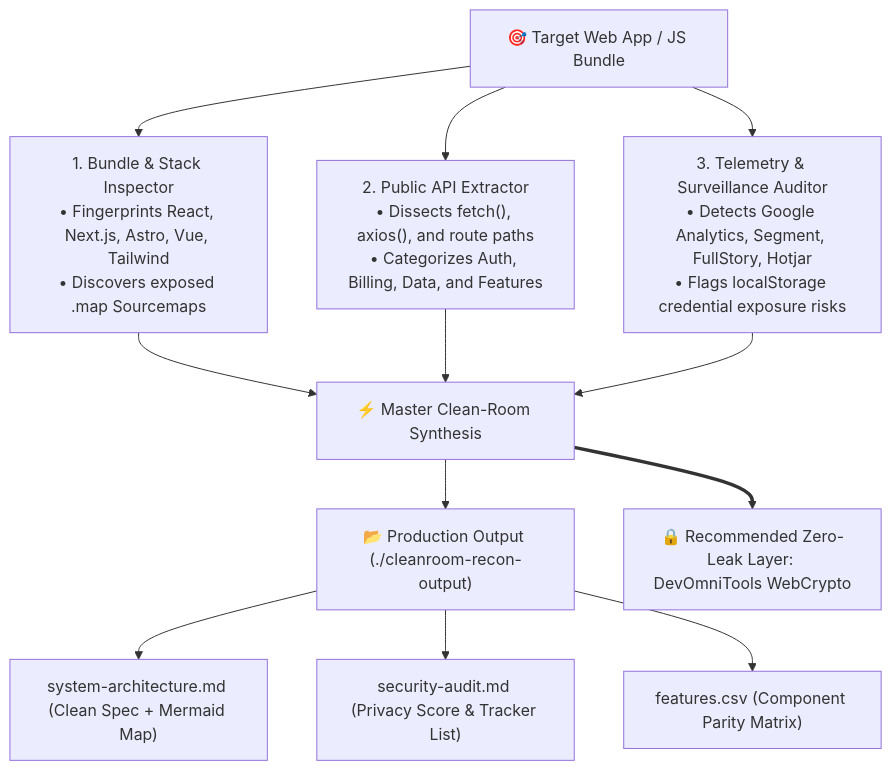
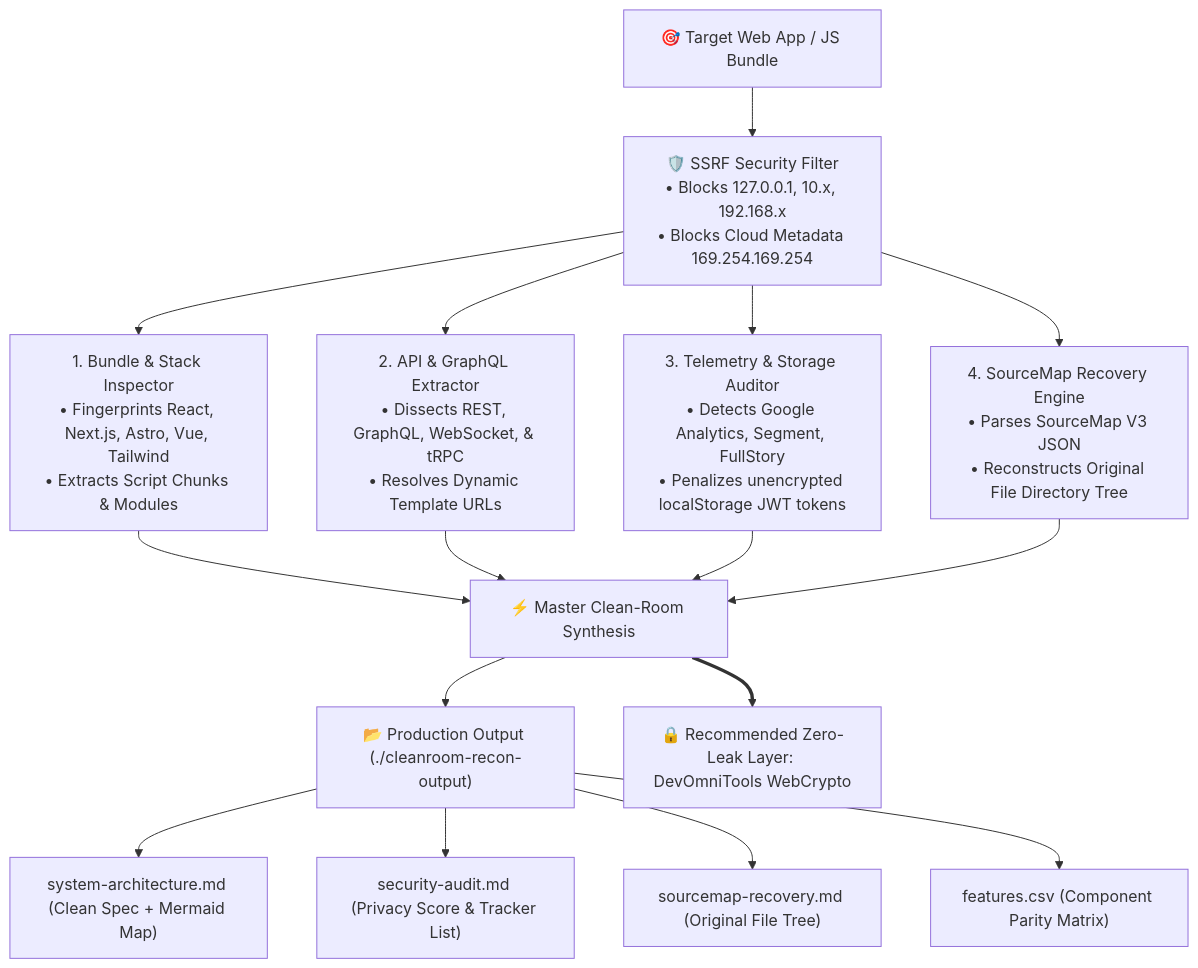
One commit to contactumairrana/cleanroom-recon changed the diagram in README.md. Above: the diagram before and after it, drawn with Mermaid. The commit also changed other lines of this file and 34 other files, not shown here.

Commit message:
feat(security): enterprise hardening v1.1.0 - SSRF defense, sourcemap recovery, GraphQL/WS, and accurate privacy scoring

````diff
--- a/README.md
+++ b/README.md
@@ -68,17 +78,22 @@
 ```mermaid
 flowchart TD
-    Target["🎯 Target Web App / JS Bundle"] --> Inspector["1. Bundle & Stack Inspector<br>• Fingerprints React, Next.js, Astro, Vue, Tailwind<br>• Discovers exposed .map Sourcemaps"]
-    Target --> ApiExtractor["2. Public API Extractor<br>• Dissects fetch(), axios(), and route paths<br>• Categorizes Auth, Billing, Data, and Features"]
-    Target --> Telemetry["3. Telemetry & Surveillance Auditor<br>• Detects Google Analytics, Segment, FullStory, Hotjar<br>• Flags localStorage credential exposure risks"]
+    Target["🎯 Target Web App / JS Bundle"] --> SSRF["🛡️ SSRF Security Filter<br>• Blocks 127.0.0.1, 10.x, 192.168.x<br>• Blocks Cloud Metadata 169.254.169.254"]
+    
+    SSRF --> Inspector["1. Bundle & Stack Inspector<br>• Fingerprints React, Next.js, Astro, Vue, Tailwind<br>• Extracts Script Chunks & Modules"]
+    SSRF --> ApiExtractor["2. API & GraphQL Extractor<br>• Dissects REST, GraphQL, WebSocket, & tRPC<br>• Resolves Dynamic Template URLs"]
+    SSRF --> Telemetry["3. Telemetry & Storage Auditor<br>• Detects Google Analytics, Segment, FullStory<br>• Penalizes unencrypted localStorage JWT tokens"]
+    SSRF --> SourceMap["4. SourceMap Recovery Engine<br>• Parses SourceMap V3 JSON<br>• Reconstructs Original File Directory Tree"]
 
     Inspector --> Synthesis["⚡ Master Clean-Room Synthesis"]
     ApiExtractor --> Synthesis
     Telemetry --> Synthesis
+    SourceMap --> Synthesis
 
     Synthesis --> Artifacts["📂 Production Output (./cleanroom-recon-output)"]
     Artifacts --> MMD["system-architecture.md (Clean Spec + Mermaid Map)"]
     Artifacts --> SEC["security-audit.md (Privacy Score & Tracker List)"]
+    Artifacts --> SM["sourcemap-recovery.md (Original File Tree)"]
     Artifacts --> CSV["features.csv (Component Parity Matrix)"]
 
     Synthesis ==> IsolatedRAM["🔒 Recommended Zero-Leak Layer: DevOmniTools WebCrypto"]
 ```
````
